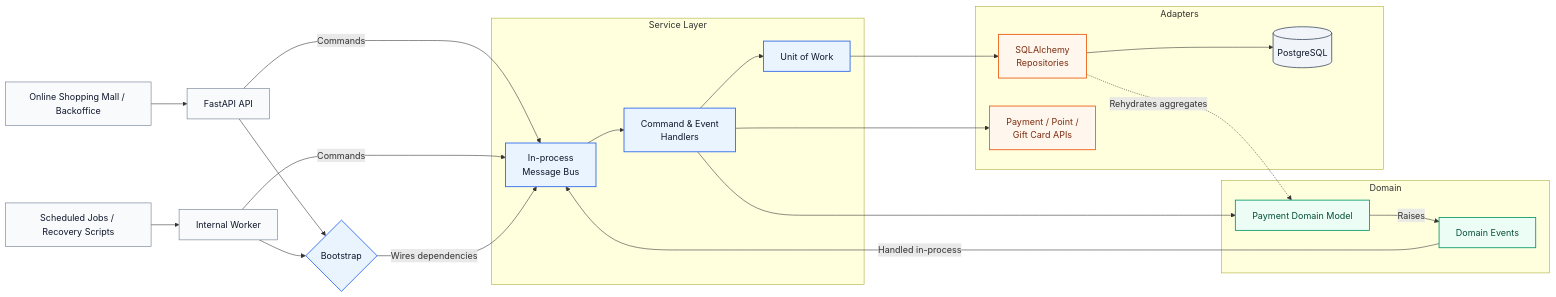
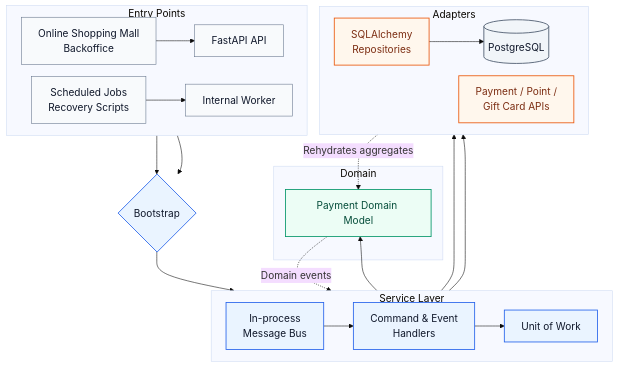
Before and after one commit to labcows/labcows: the diagram in Automata.md, drawn with Mermaid.

Commit message:
Diagram trial

````diff
--- a/Automata.md
+++ b/Automata.md
@@ -67,47 +67,50 @@
 ```mermaid
-flowchart LR
-  Client["Online Shopping Mall / Backoffice"] --> API["FastAPI API"]
-  Jobs["Scheduled Jobs / Recovery Scripts"] --> Worker["Internal Worker"]
+%%{init: {"theme": "base", "themeVariables": {"fontSize": "18px", "fontFamily": "Inter, Arial, sans-serif"}, "flowchart": {"nodeSpacing": 22, "rankSpacing": 28, "curve": "basis"}} }%%
+flowchart TB
+  subgraph EntryPoints["Entry Points"]
+    direction LR
+    Client["Online Shopping Mall<br/>Backoffice"] --> API["FastAPI API"]
+    Jobs["Scheduled Jobs<br/>Recovery Scripts"] --> Worker["Internal Worker"]
+  end
 
   API --> Bootstrap{"Bootstrap"}
   Worker --> Bootstrap
-  API -- Commands --> Bus["In-process<br/>Message Bus"]
-  Worker -- Commands --> Bus
-  Bootstrap -- Wires dependencies --> Bus
 
   subgraph ServiceLayer["Service Layer"]
+    direction LR
+    Bus["In-process<br/>Message Bus"]
     Bus --> Handlers["Command & Event<br/>Handlers"]
     Handlers --> UoW["Unit of Work"]
   end
+  Bootstrap --> Bus
 
-  subgraph DomainLayer["Domain"]
+  subgraph CoreModel["Domain"]
     Domain["Payment Domain Model"]
-    Events["Domain Events"]
-    Domain -- Raises --> Events
   end
 
   subgraph Adapters["Adapters"]
+    direction LR
     Repo["SQLAlchemy<br/>Repositories"]
     DB[("PostgreSQL")]
     Providers["Payment / Point /<br/>Gift Card APIs"]
   end
 
   Handlers --> Domain
-  Events -- Handled in-process --> Bus
   UoW --> Repo
   Repo --> DB
   Repo -. Rehydrates aggregates .-> Domain
+  Domain -. Domain events .-> Bus
   Handlers --> Providers
 
   classDef entry fill:#F8FAFC,stroke:#64748B,stroke-width:1px,color:#0F172A;
   classDef core fill:#EAF4FF,stroke:#2563EB,stroke-width:1.5px,color:#0F172A;
   classDef domain fill:#ECFDF5,stroke:#059669,stroke-width:1.5px,color:#064E3B;
   classDef adapter fill:#FFF7ED,stroke:#EA580C,stroke-width:1.5px,color:#7C2D12;
   classDef data fill:#F1F5F9,stroke:#475569,stroke-width:1.5px,color:#0F172A;
 
   class Client,Jobs,API,Worker entry;
   class Bootstrap,Bus,Handlers,UoW core;
-  class Domain,Events domain;
+  class Domain domain;
   class Repo,Providers adapter;
   class DB data;
 ```
````
